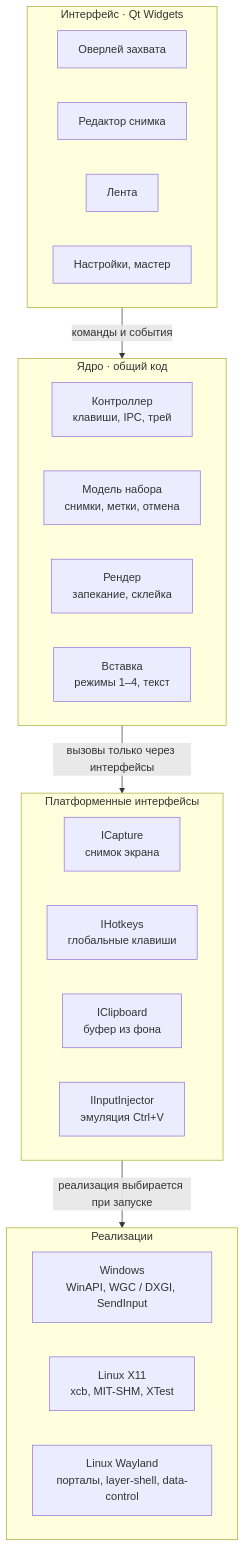
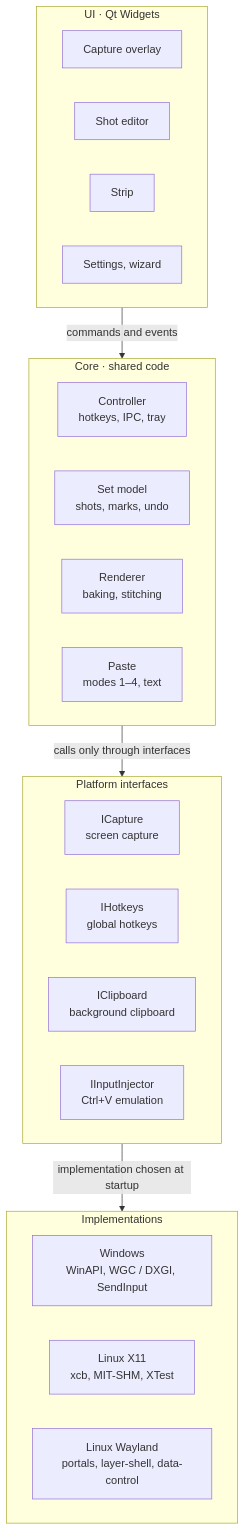
Before and after one commit to metall1c/markpaste: the first of 2 diagrams in TZ.md, drawn with Mermaid. The commit also changed other lines of this file and 31 other files, not shown here.

````diff
--- a/TZ.md
+++ b/TZ.md
@@ -228,18 +230,18 @@
 ```mermaid
 flowchart TB
-  subgraph UI["Интерфейс · Qt Widgets"]
-    O[Оверлей захвата]; E[Редактор снимка]; S[Лента]; N[Настройки, мастер]
+  subgraph UI["UI · Qt Widgets"]
+    O[Capture overlay]; E[Shot editor]; S[Strip]; N[Settings, wizard]
   end
-  subgraph CORE["Ядро · общий код"]
-    C["Контроллер<br/>клавиши, IPC, трей"]; M["Модель набора<br/>снимки, метки, отмена"]; R["Рендер<br/>запекание, склейка"]; P["Вставка<br/>режимы 1–4, текст"]
+  subgraph CORE["Core · shared code"]
+    C["Controller<br/>hotkeys, IPC, tray"]; M["Set model<br/>shots, marks, undo"]; R["Renderer<br/>baking, stitching"]; P["Paste<br/>modes 1–4, text"]
   end
-  subgraph IF["Платформенные интерфейсы"]
-    I1["ICapture<br/>снимок экрана"]; I2["IHotkeys<br/>глобальные клавиши"]; I3["IClipboard<br/>буфер из фона"]; I4["IInputInjector<br/>эмуляция Ctrl+V"]
+  subgraph IF["Platform interfaces"]
+    I1["ICapture<br/>screen capture"]; I2["IHotkeys<br/>global hotkeys"]; I3["IClipboard<br/>background clipboard"]; I4["IInputInjector<br/>Ctrl+V emulation"]
   end
-  subgraph IMPL["Реализации"]
-    W["Windows<br/>WinAPI, WGC / DXGI, SendInput"]; X["Linux X11<br/>xcb, MIT-SHM, XTest"]; WL["Linux Wayland<br/>порталы, layer-shell, data-control"]
+  subgraph IMPL["Implementations"]
+    W["Windows<br/>WinAPI, WGC / DXGI, SendInput"]; X["Linux X11<br/>xcb, MIT-SHM, XTest"]; WL["Linux Wayland<br/>portals, layer-shell, data-control"]
   end
-  UI -- команды и события --> CORE
-  CORE -- вызовы только через интерфейсы --> IF
-  IF -- реализация выбирается при запуске --> IMPL
+  UI -- commands and events --> CORE
+  CORE -- calls only through interfaces --> IF
+  IF -- implementation chosen at startup --> IMPL
 ```
````
